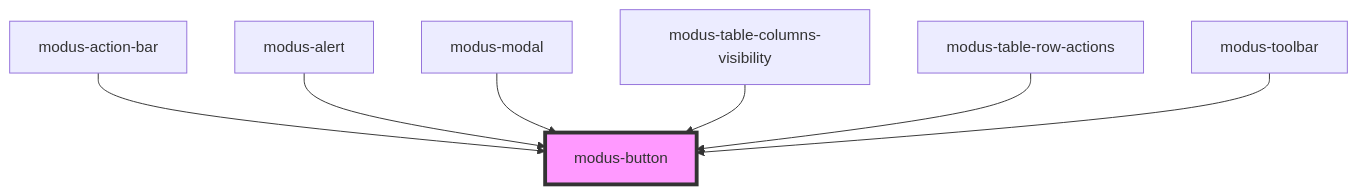
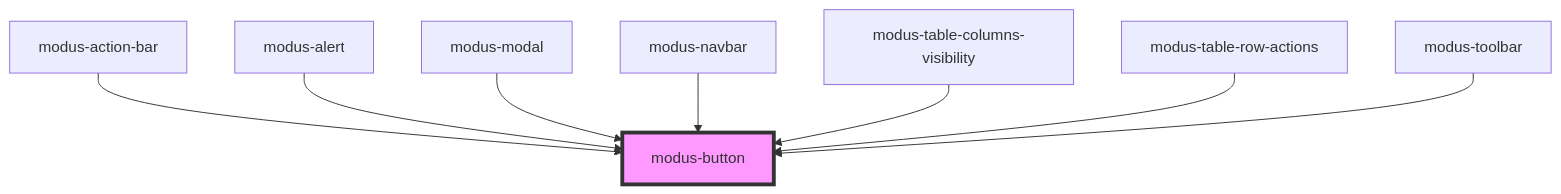
The diagram in stencil-workspace/src/components/modus-button/readme.md (trimble-oss/modus-web-components), drawn with Mermaid before and after one commit. The commit also changed other lines of this file and 18 other files, not shown here.

````diff
--- a/stencil-workspace/src/components/modus-button/readme.md
+++ b/stencil-workspace/src/components/modus-button/readme.md
@@ -71,10 +72,11 @@
 ```mermaid
 graph TD;
   modus-action-bar --> modus-button
   modus-alert --> modus-button
   modus-modal --> modus-button
+  modus-navbar --> modus-button
   modus-table-columns-visibility --> modus-button
   modus-table-row-actions --> modus-button
   modus-toolbar --> modus-button
   style modus-button fill:#f9f,stroke:#333,stroke-width:4px
 ```
````
